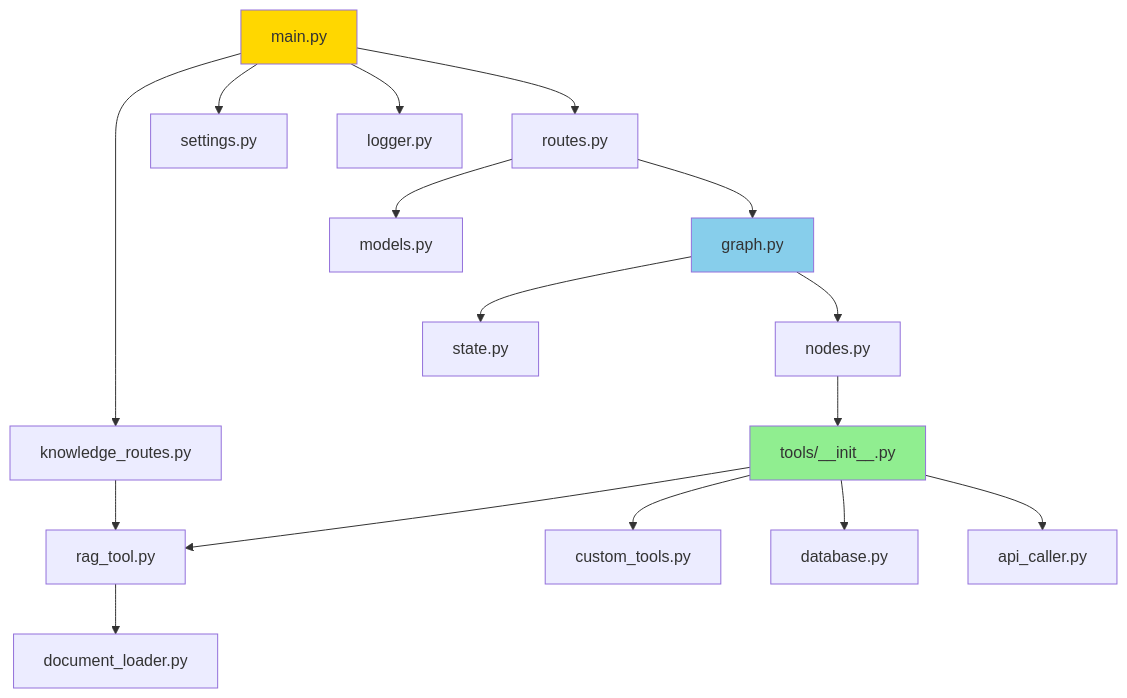
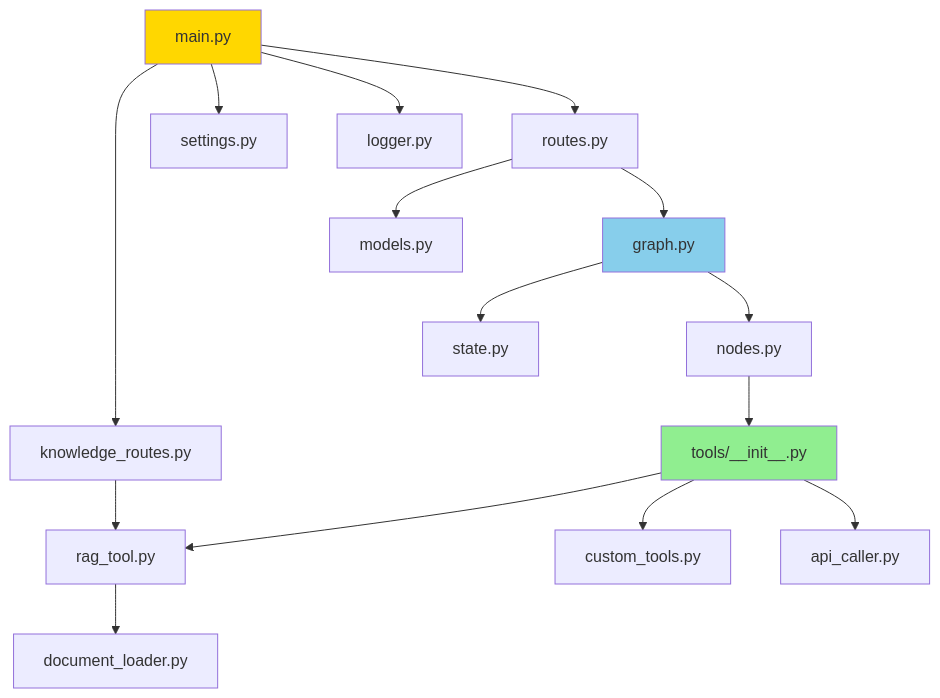
One commit to wssaidong/cus-ai-agent changed the eighth of 9 diagrams in docs/architecture-diagram.md. Above: the diagram before and after it, drawn with Mermaid. The commit also changed other lines of this file and 15 other files, not shown here.

````diff
--- a/docs/architecture-diagram.md
+++ b/docs/architecture-diagram.md
@@ -283,22 +282,21 @@
 ```mermaid
 graph TD
     A[main.py] --> B[routes.py]
     A --> C[knowledge_routes.py]
     B --> D[graph.py]
     B --> E[models.py]
     C --> F[rag_tool.py]
     D --> G[nodes.py]
     D --> H[state.py]
     G --> I[tools/__init__.py]
     I --> J[custom_tools.py]
-    I --> K[database.py]
     I --> L[api_caller.py]
     I --> F
     F --> M[document_loader.py]
     A --> N[settings.py]
     A --> O[logger.py]
     
     style A fill:#FFD700
     style D fill:#87CEEB
     style I fill:#90EE90
 ```
````
